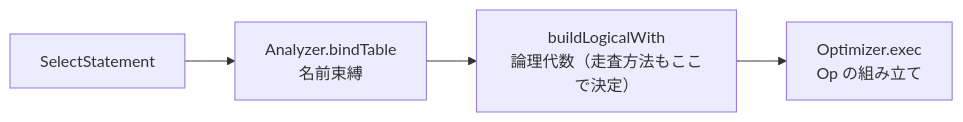
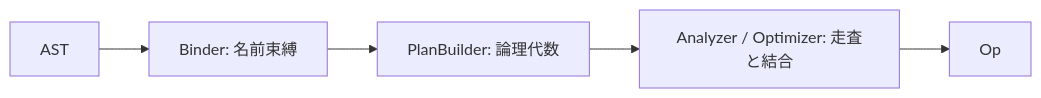
Before and after one commit to nwtks/rykdb: the second of 2 diagrams in docs/architecture.md, drawn with Mermaid. The commit also changed other lines of this file and 22 other files, not shown here.

Commit message:
Refactor documentation and comments for clarity and consistency: rewrite docs in concise Japanese, update module headers to reflect current APIs, fix stale references in code comments, and align terminology across README, architecture, and development guides.

````diff
--- a/docs/architecture.md
+++ b/docs/architecture.md
@@ -435,6 +351,7 @@
 ```mermaid
 flowchart LR
-    AST["SelectStatement"] --> B["Analyzer.bindTable<br/>名前束縛"]
-    B --> L["buildLogicalWith<br/>論理代数（走査方法もここで決定）"]
-    L --> E["Optimizer.exec<br/>Op の組み立て"]
+    AST["AST"] --> BIND["Binder: 名前束縛"]
+    BIND --> LOGICAL["PlanBuilder: 論理代数"]
+    LOGICAL --> PHYSICAL["Analyzer / Optimizer: 走査と結合"]
+    PHYSICAL --> OP["Op"]
 ```
````
